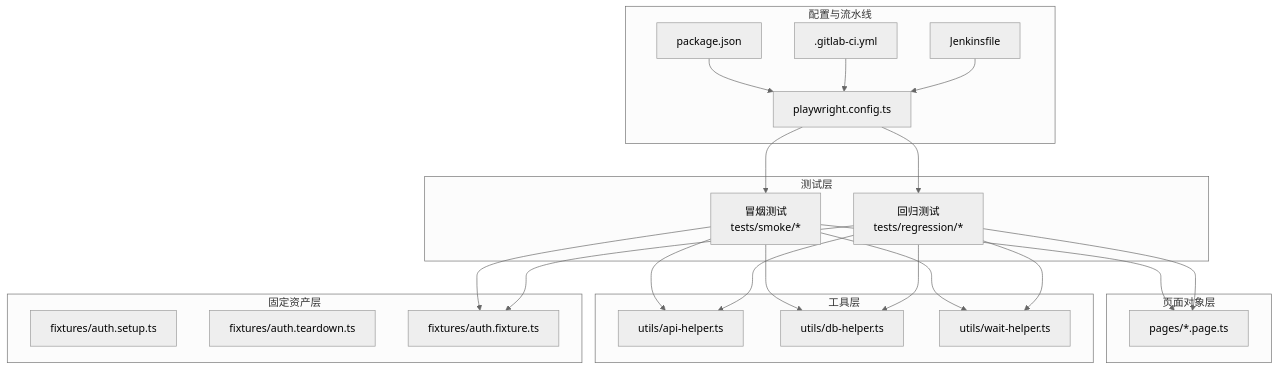
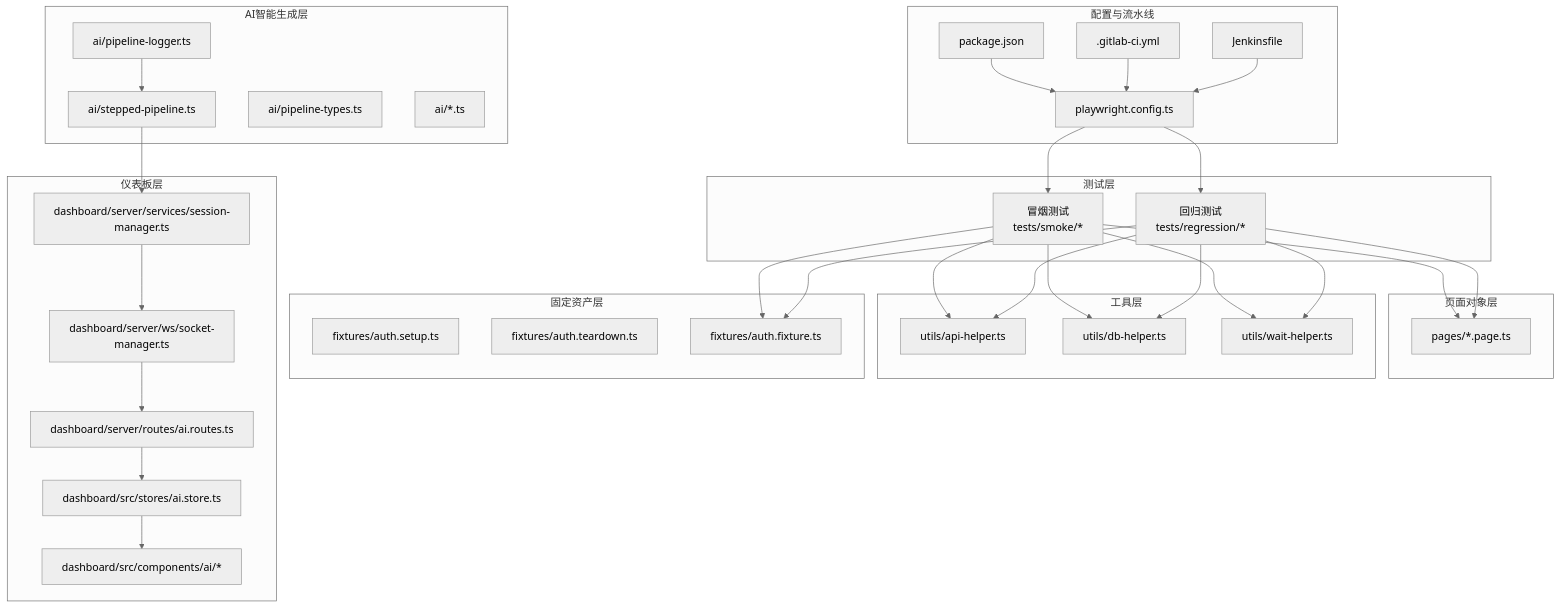
Before and after one commit to zzgoviziwind/--playwright: the first of 7 diagrams in .qoder/repowiki/zh/content/部署和运维/监控和维护.md, drawn with Mermaid (neutral theme). The commit also changed other lines of this file and 112 other files, not shown here.

````diff
--- a/.qoder/repowiki/zh/content/部署和运维/监控和维护.md
+++ b/.qoder/repowiki/zh/content/部署和运维/监控和维护.md
@@ -42,41 +67,60 @@
 ```mermaid
 graph TB
 subgraph "测试层"
 S1["冒烟测试<br/>tests/smoke/*"]
 R1["回归测试<br/>tests/regression/*"]
 end
 subgraph "页面对象层"
 P1["pages/*.page.ts"]
 end
 subgraph "工具层"
 U1["utils/api-helper.ts"]
 U2["utils/db-helper.ts"]
 U3["utils/wait-helper.ts"]
 end
 subgraph "固定资产层"
 F1["fixtures/auth.setup.ts"]
 F2["fixtures/auth.teardown.ts"]
 F3["fixtures/auth.fixture.ts"]
+end
+subgraph "AI智能生成层"
+A1["ai/pipeline-logger.ts"]
+A2["ai/stepped-pipeline.ts"]
+A3["ai/pipeline-types.ts"]
+A4["ai/*.ts"]
+end
+subgraph "仪表板层"
+D1["dashboard/server/services/session-manager.ts"]
+D2["dashboard/server/ws/socket-manager.ts"]
+D3["dashboard/server/routes/ai.routes.ts"]
+D4["dashboard/src/stores/ai.store.ts"]
+D5["dashboard/src/components/ai/*"]
 end
 subgraph "配置与流水线"
 C1["playwright.config.ts"]
 C2["package.json"]
 C3[".gitlab-ci.yml"]
 C4["Jenkinsfile"]
 end
 S1 --> P1
 R1 --> P1
 S1 --> U1
 R1 --> U1
 S1 --> U2
 R1 --> U2
 S1 --> U3
 R1 --> U3
 S1 --> F3
 R1 --> F3
 C1 --> S1
 C1 --> R1
 C2 --> C1
 C3 --> C1
 C4 --> C1
+A1 --> A2
+A2 --> D1
+D1 --> D2
+D2 --> D3
+D3 --> D4
+D4 --> D5
 ```
````
